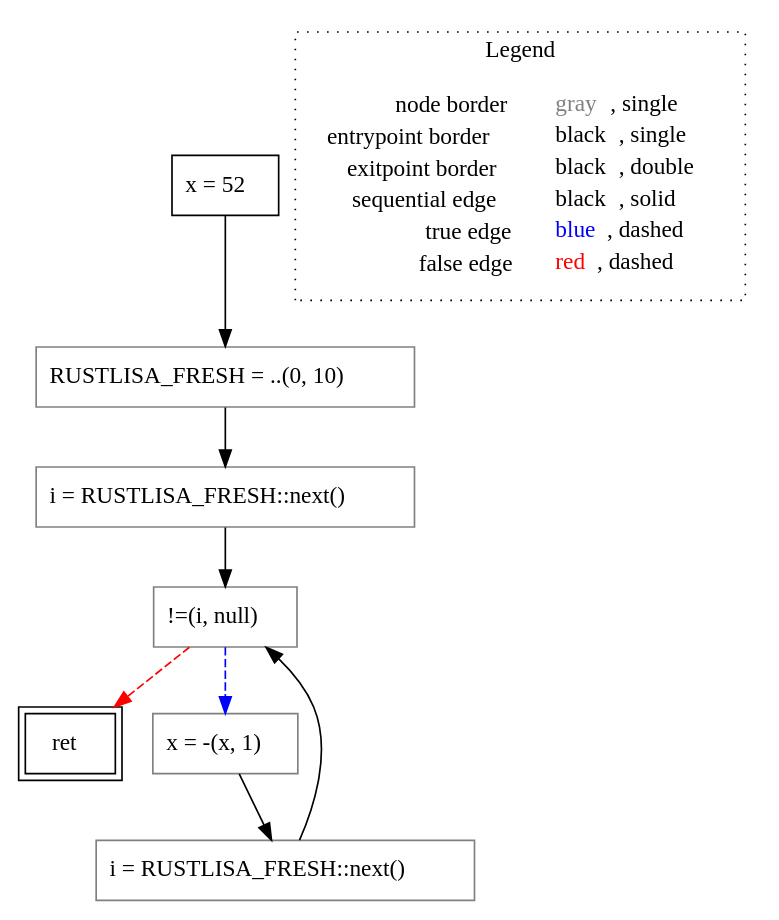
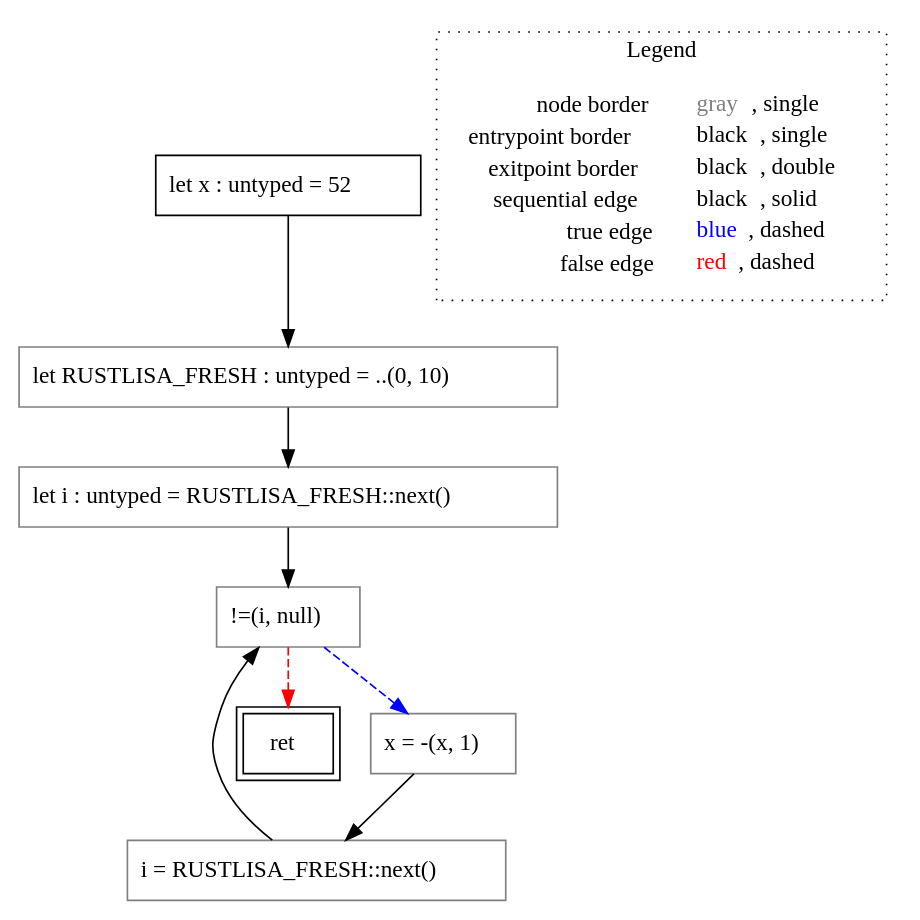
One commit to VincenzoArceri/rust-lisa changed the diagram in rust-lisa/rust-testcases/cfg/for/untyped_rust-testcases_cfg_for_for.rs.main().dot. Above: the diagram before and after it, drawn with Graphviz. The commit also changed 9 other files, not shown here.

```diff
--- a/rust-lisa/rust-testcases/cfg/for/untyped_rust-testcases_cfg_for_for.rs.main().dot
+++ b/rust-lisa/rust-testcases/cfg/for/untyped_rust-testcases_cfg_for_for.rs.main().dot
@@ -1,23 +1,23 @@
 digraph {
-	"node0" [shape="rect",color="black",label=<x = 52>];
-	"node1" [shape="rect",color="gray",label=<!=(i, null)>];
-	"node2" [shape="rect",color="black",peripheries="2",label=<ret>];
-	"node3" [shape="rect",color="gray",label=<x = -(x, 1)>];
-	"node4" [shape="rect",color="gray",label=<i = RUSTLISA_FRESH::next()>];
-	"node5" [shape="rect",color="gray",label=<i = RUSTLISA_FRESH::next()>];
-	"node6" [shape="rect",color="gray",label=<RUSTLISA_FRESH = ..(0, 10)>];
-	"node1" -> "node2" [color="red",style="dashed"];
-	"node1" -> "node3" [color="blue",style="dashed"];
-	"node0" -> "node6" [color="black"];
-	"node3" -> "node5" [color="black"];
+	"node0" [shape="rect",color="black",label=<let x : untyped = 52>];
+	"node1" [shape="rect",color="gray",label=<let i : untyped = RUSTLISA_FRESH::next()>];
+	"node2" [shape="rect",color="gray",label=<i = RUSTLISA_FRESH::next()>];
+	"node3" [shape="rect",color="black",peripheries="2",label=<ret>];
+	"node4" [shape="rect",color="gray",label=<let RUSTLISA_FRESH : untyped = ..(0, 10)>];
+	"node5" [shape="rect",color="gray",label=<x = -(x, 1)>];
+	"node6" [shape="rect",color="gray",label=<!=(i, null)>];
+	"node1" -> "node6" [color="black"];
+	"node2" -> "node6" [color="black"];
 	"node4" -> "node1" [color="black"];
-	"node5" -> "node1" [color="black"];
-	"node6" -> "node4" [color="black"];
+	"node0" -> "node4" [color="black"];
+	"node5" -> "node2" [color="black"];
+	"node6" -> "node3" [color="red",style="dashed"];
+	"node6" -> "node5" [color="blue",style="dashed"];
 subgraph cluster_legend {
 	label="Legend";
 	style=dotted;
 	node [shape=plaintext];
 	"legend" [label=<<table border="0" cellpadding="2" cellspacing="0" cellborder="0"><tr><td align="right">node border&nbsp;</td><td align="left"><font color="gray">gray</font>, single</td></tr><tr><td align="right">entrypoint border&nbsp;</td><td align="left"><font color="black">black</font>, single</td></tr><tr><td align="right">exitpoint border&nbsp;</td><td align="left"><font color="black">black</font>, double</td></tr><tr><td align="right">sequential edge&nbsp;</td><td align="left"><font color="black">black</font>, solid</td></tr><tr><td align="right">true edge&nbsp;</td><td align="left"><font color="blue">blue</font>, dashed</td></tr><tr><td align="right">false edge&nbsp;</td><td align="left"><font color="red">red</font>, dashed</td></tr></table>>];
 }
 
 }
```
